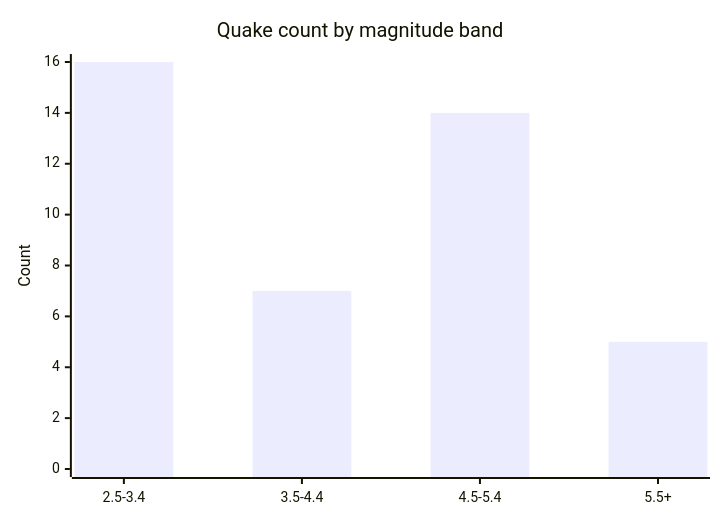
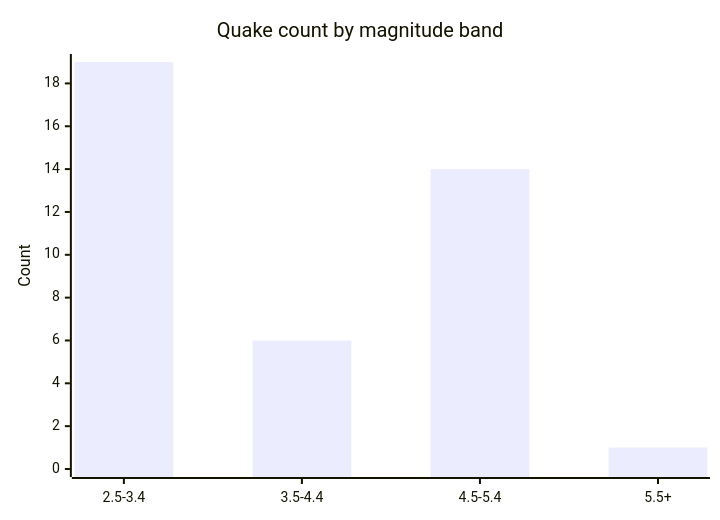
One commit to Midwest-Stratospheric/aerostratospheric-defense-gir changed the fifth of 6 diagrams in docs/GRAPHS.md. Above: the diagram before and after it, drawn with Mermaid. The commit also changed other lines of this file and 25 other files, not shown here.

````diff
--- a/docs/GRAPHS.md
+++ b/docs/GRAPHS.md
@@ -82,7 +82,7 @@
 ```mermaid
 xychart-beta
   title "Quake count by magnitude band"
   x-axis ["2.5-3.4", "3.5-4.4", "4.5-5.4", "5.5+"]
-  y-axis "Count" 0 --> 16
-  bar [16, 7, 14, 5]
+  y-axis "Count" 0 --> 19
+  bar [19, 6, 14, 1]
 ```
````
